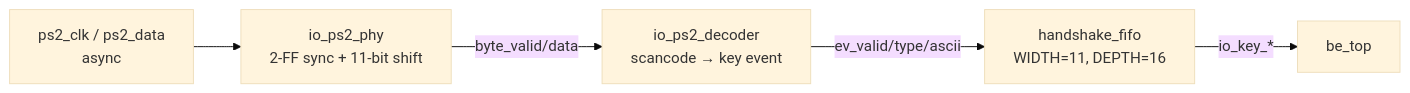
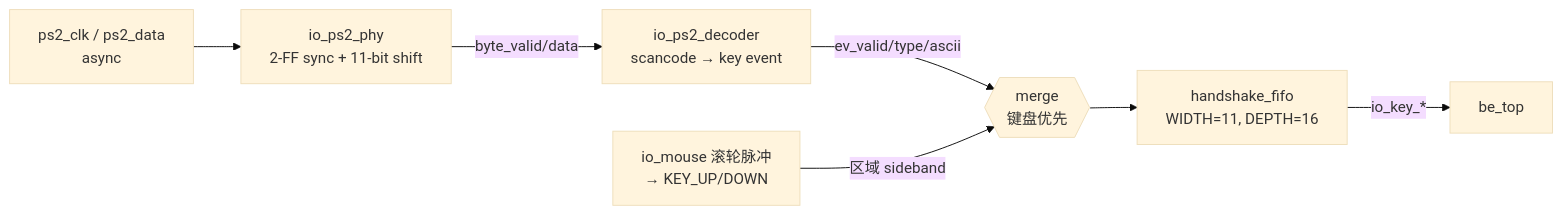
The fourth of 12 diagrams in README.md (LorenzLorentz/Digtal_Logic_Design), drawn with Mermaid (base theme) before and after one commit. The commit also changed other lines of this file and 3 other files, not shown here.

````diff
--- a/README.md
+++ b/README.md
@@ -285,7 +338,9 @@
 ```mermaid
 flowchart LR
-    PS2[ps2_clk / ps2_data<br/>async] --> PHY[io_ps2_phy<br/>2-FF sync + 11-bit shift]
-    PHY -- byte_valid/data --> DEC[io_ps2_decoder<br/>scancode → key event]
-    DEC -- ev_valid/type/ascii --> FIFO[handshake_fifo<br/>WIDTH=11, DEPTH=16]
-    FIFO -- io_key_* --> BE[be_top]
+    PS2["ps2_clk / ps2_data<br/>async"] --> PHY["io_ps2_phy<br/>2-FF sync + 11-bit shift"]
+    PHY -- "byte_valid/data" --> DEC["io_ps2_decoder<br/>scancode → key event"]
+    DEC -- "ev_valid/type/ascii" --> MUX{{"merge<br/>键盘优先"}}
+    MS["io_mouse 滚轮脉冲<br/>→ KEY_UP/DOWN"] -- "区域 sideband" --> MUX
+    MUX --> FIFO["handshake_fifo<br/>WIDTH=11, DEPTH=16"]
+    FIFO -- "io_key_*" --> BE["be_top"]
 ```
````
